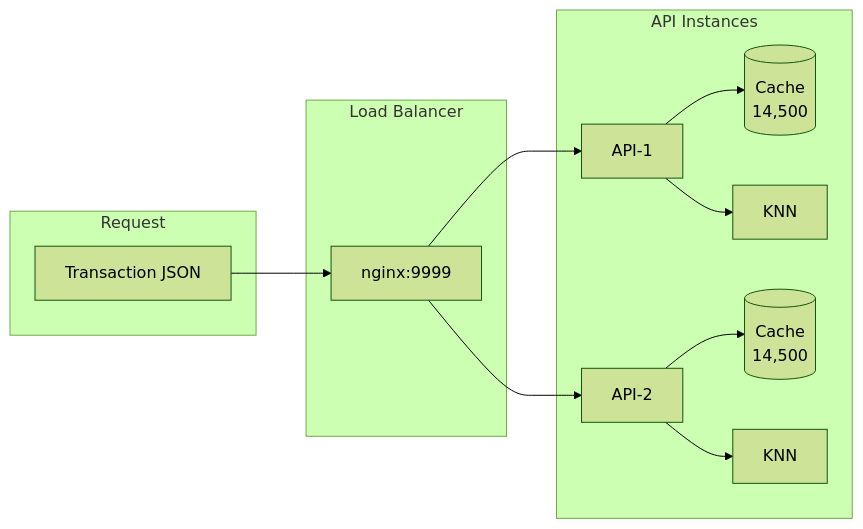
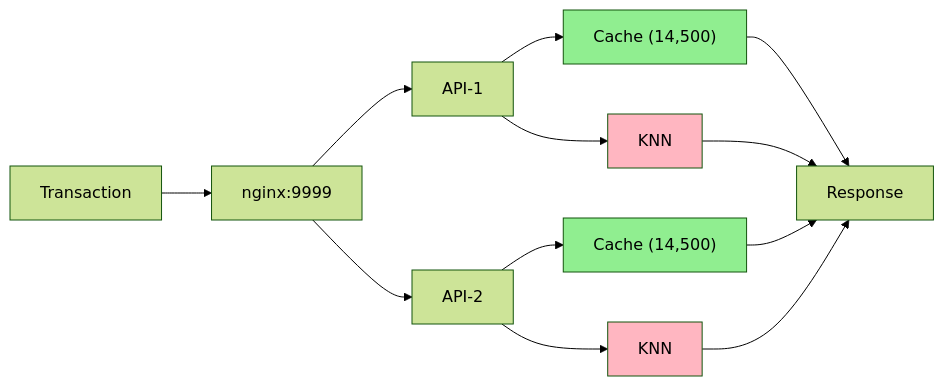
The second of 2 diagrams in README.md (fabianoflorentino/fraudctl), drawn with Mermaid (forest theme) before and after one commit. The commit also changed other lines of this file, not shown here.

Commit message:
fix: simplify README mermaid diagrams

````diff
--- a/README.md
+++ b/README.md
@@ -109,26 +105,21 @@
 ```mermaid
 flowchart LR
-    subgraph Request
-        A[Transaction JSON]
-    end
+    A[Transaction] --> B[nginx:9999]
+    B --> C[API-1]
+    B --> D[API-2]
 
-    subgraph nginx[Load Balancer]
-        B[nginx:9999]
-    end
+    C --> E["Cache (14,500)"]
+    D --> F["Cache (14,500)"]
+    C --> G[KNN]
+    D --> H[KNN]
 
-    subgraph apis[API Instances]
-        C[API-1] --> D[(Cache<br/>14,500)]
-        E[API-2] --> F[(Cache<br/>14,500)]
-        C --> G[KNN]
-        E --> H[KNN]
-    end
+    E --> I[Response]
+    F --> I
+    G --> I
+    H --> I
 
-    A --> B
-    B --> C
-    B --> E
-
-    style D fill:#90EE90 color: #000000
-    style F fill:#90EE90 color: #000000
-    style G fill:#FFB6C1 color: #000000
-    style H fill:#FFB6C1 color: #000000
+    style E fill:#90EE90
+    style F fill:#90EE90
+    style G fill:#FFB6C1
+    style H fill:#FFB6C1
 ```
````
